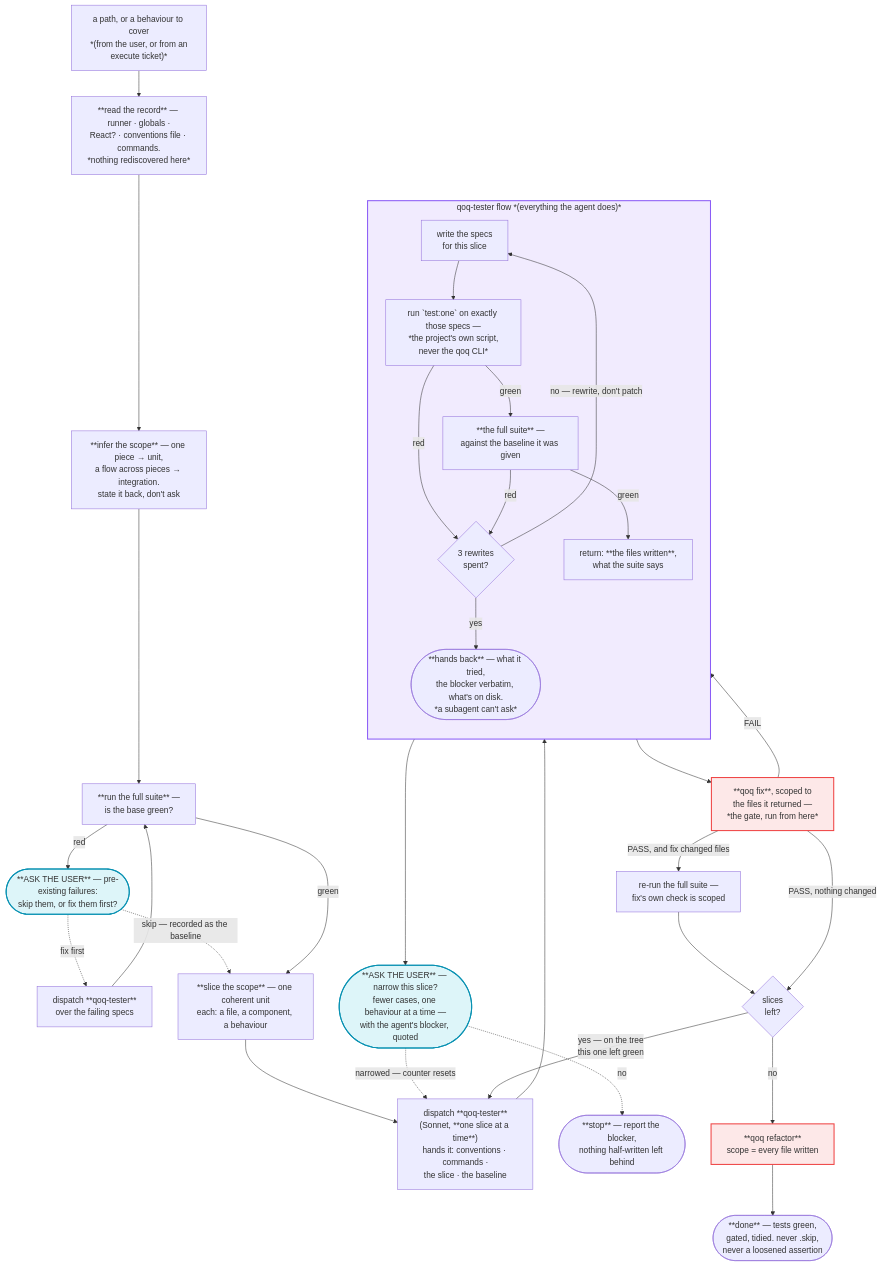
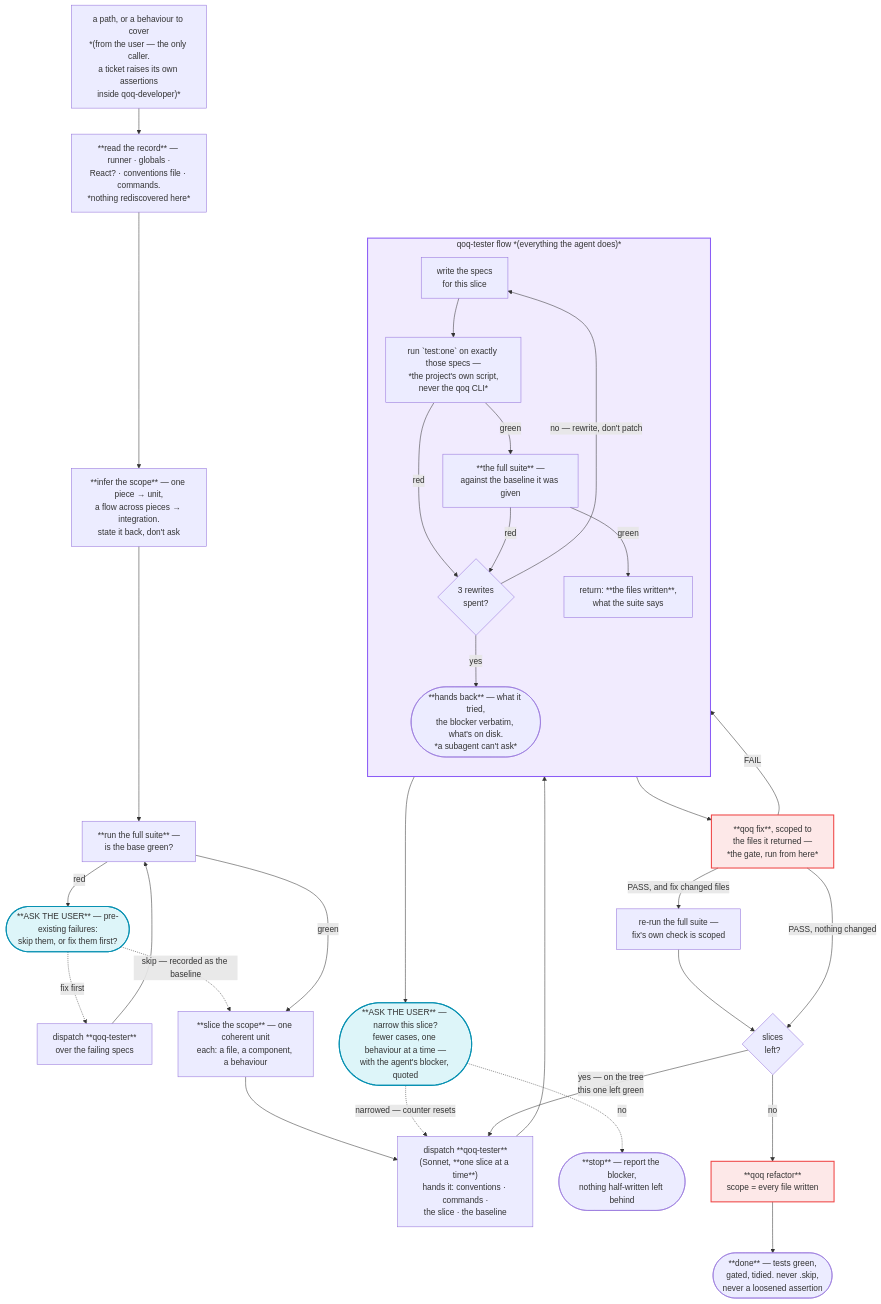
The eighth of 9 diagrams in docs/qoq-workflows.md (ladamczyk-it/qoq), drawn with Mermaid before and after one commit. The commit also changed other lines of this file and 53 other files, not shown here.

````diff
--- a/docs/qoq-workflows.md
+++ b/docs/qoq-workflows.md
@@ -378,51 +411,51 @@
 ```mermaid
 flowchart TD
-    TARG["a path, or a behaviour to cover<br/>*(from the user, or from an<br/>execute ticket)*"]
+    TARG["a path, or a behaviour to cover<br/>*(from the user — the only caller.<br/>a ticket raises its own assertions<br/>inside qoq-developer)*"]
     TARG --> TD1
     TD1["**read the record** — runner · globals ·<br/>React? · conventions file · commands.<br/>*nothing rediscovered here*"]
     TD1 --> TSCOPE["**infer the scope** — one piece → unit,<br/>a flow across pieces → integration.<br/>state it back, don't ask"]
 
     TSCOPE --> TBASE["**run the full suite** —<br/>is the base green?"]
     TBASE -->|"red"| TBASK(["**ASK THE USER** — pre-existing failures:<br/>skip them, or fix them first?"])
     TBASK -.->|"fix first"| TOLD["dispatch **qoq-tester**<br/>over the failing specs"]
     TOLD --> TBASE
     TBASK -.->|"skip — recorded as the baseline"| TSLICE
     TBASE -->|"green"| TSLICE
 
     TSLICE["**slice the scope** — one coherent unit<br/>each: a file, a component, a behaviour"]
     TSLICE --> TDISP["dispatch **qoq-tester**<br/>(Sonnet, **one slice at a time**)<br/>hands it: conventions · commands ·<br/>the slice · the baseline"]
 
     subgraph TESTER["qoq-tester flow *(everything the agent does)*"]
         direction TB
         A1["write the specs<br/>for this slice"]
         A1 --> A2["run `test:one` on exactly those specs —<br/>*the project's own script,<br/>never the qoq CLI*"]
         A2 -->|"red"| A4
         A2 -->|"green"| A3["**the full suite** —<br/>against the baseline it was given"]
         A3 -->|"red"| A4{"3 rewrites<br/>spent?"}
         A4 -->|"no — rewrite, don't patch"| A1
         A4 -->|"yes"| AHAND(["**hands back** — what it tried,<br/>the blocker verbatim, what's on disk.<br/>*a subagent can't ask*"])
         A3 -->|"green"| ARET["return: **the files written**,<br/>what the suite says"]
     end
 
     TDISP --> A1
     AHAND --> TNARROW(["**ASK THE USER** — narrow this slice?<br/>fewer cases, one behaviour at a time —<br/>with the agent's blocker, quoted"])
     TNARROW -.->|"narrowed — counter resets"| TDISP
     TNARROW -.->|"no"| TSTOP2(["**stop** — report the blocker,<br/>nothing half-written left behind"])
 
     ARET --> TGATE["**qoq fix**, scoped to<br/>the files it returned —<br/>*the gate, run from here*"]
     TGATE -->|FAIL| A4
     TGATE -->|"PASS, and fix changed files"| TRERUN["re-run the full suite —<br/>fix's own check is scoped"]
     TRERUN --> TMORE
     TGATE -->|"PASS, nothing changed"| TMORE{"slices<br/>left?"}
     TMORE -->|"yes — on the tree<br/>this one left green"| TDISP
     TMORE -->|"no"| TREF["**qoq refactor**<br/>scope = every file written"]
     TREF --> TDONE(["**done** — tests green,<br/>gated, tidied. never .skip,<br/>never a loosened assertion"])
 
     classDef agent fill:#8b5cf61f,stroke:#8b5cf6,stroke-width:2px
     classDef user fill:#06b6d422,stroke:#0891b2,stroke-width:2px
     classDef skill fill:#ef44441f,stroke:#ef4444,stroke-width:2px
 
     class TESTER agent
     class TNARROW,TBASK user
     class TGATE,TREF skill
 ```
````
